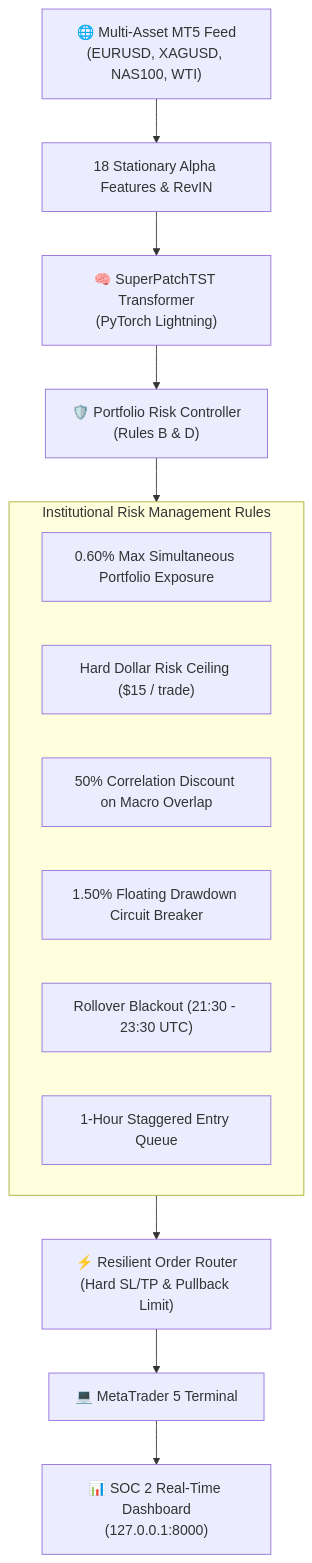
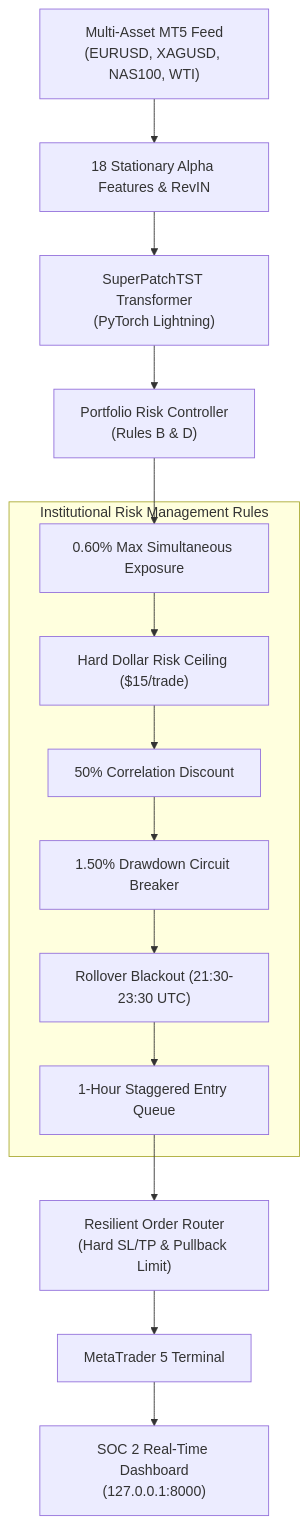
The diagram in README.md (ElMoorish/AetherQuant-MT5), drawn with Mermaid before and after one commit. The commit also changed 1 other file, not shown here.

Commit message:
docs: Fix Mermaid flowchart syntax with strict node-to-node routing and standard labels

````diff
--- a/README.md
+++ b/README.md
@@ -18,20 +18,19 @@
 ```mermaid
 flowchart TD
-    Market["🌐 Multi-Asset MT5 Feed<br/>(EURUSD, XAGUSD, NAS100, WTI)"] --> FeatureEngine["18 Stationary Alpha Features & RevIN"]
-    FeatureEngine --> SuperPatchTST["🧠 SuperPatchTST Transformer<br/>(PyTorch Lightning)"]
-    SuperPatchTST --> RiskController["🛡️ Portfolio Risk Controller<br/>(Rules B & D)"]
+    Market["Multi-Asset MT5 Feed<br/>(EURUSD, XAGUSD, NAS100, WTI)"] --> FeatureEngine["18 Stationary Alpha Features & RevIN"]
+    FeatureEngine --> SuperPatchTST["SuperPatchTST Transformer<br/>(PyTorch Lightning)"]
+    SuperPatchTST --> RiskController["Portfolio Risk Controller<br/>(Rules B & D)"]
     
     subgraph RiskRules ["Institutional Risk Management Rules"]
-        Cap["0.60% Max Simultaneous Portfolio Exposure"]
-        DollarCap["Hard Dollar Risk Ceiling ($15 / trade)"]
-        Corr["50% Correlation Discount on Macro Overlap"]
-        Halt["1.50% Floating Drawdown Circuit Breaker"]
-        Roll["Rollover Blackout (21:30 - 23:30 UTC)"]
-        Stagger["1-Hour Staggered Entry Queue"]
+        Cap["0.60% Max Simultaneous Exposure"] --> DollarCap["Hard Dollar Risk Ceiling ($15/trade)"]
+        DollarCap --> Corr["50% Correlation Discount"]
+        Corr --> Halt["1.50% Drawdown Circuit Breaker"]
+        Halt --> Roll["Rollover Blackout (21:30-23:30 UTC)"]
+        Roll --> Stagger["1-Hour Staggered Entry Queue"]
     end
     
-    RiskController --> RiskRules
-    RiskRules --> OrderRouter["⚡ Resilient Order Router<br/>(Hard SL/TP & Pullback Limit)"]
-    OrderRouter --> MT5["💻 MetaTrader 5 Terminal"]
-    MT5 --> Dashboard["📊 SOC 2 Real-Time Dashboard<br/>(127.0.0.1:8000)"]
+    RiskController --> Cap
+    Stagger --> OrderRouter["Resilient Order Router<br/>(Hard SL/TP & Pullback Limit)"]
+    OrderRouter --> MT5["MetaTrader 5 Terminal"]
+    MT5 --> Dashboard["SOC 2 Real-Time Dashboard<br/>(127.0.0.1:8000)"]
 ```
````
